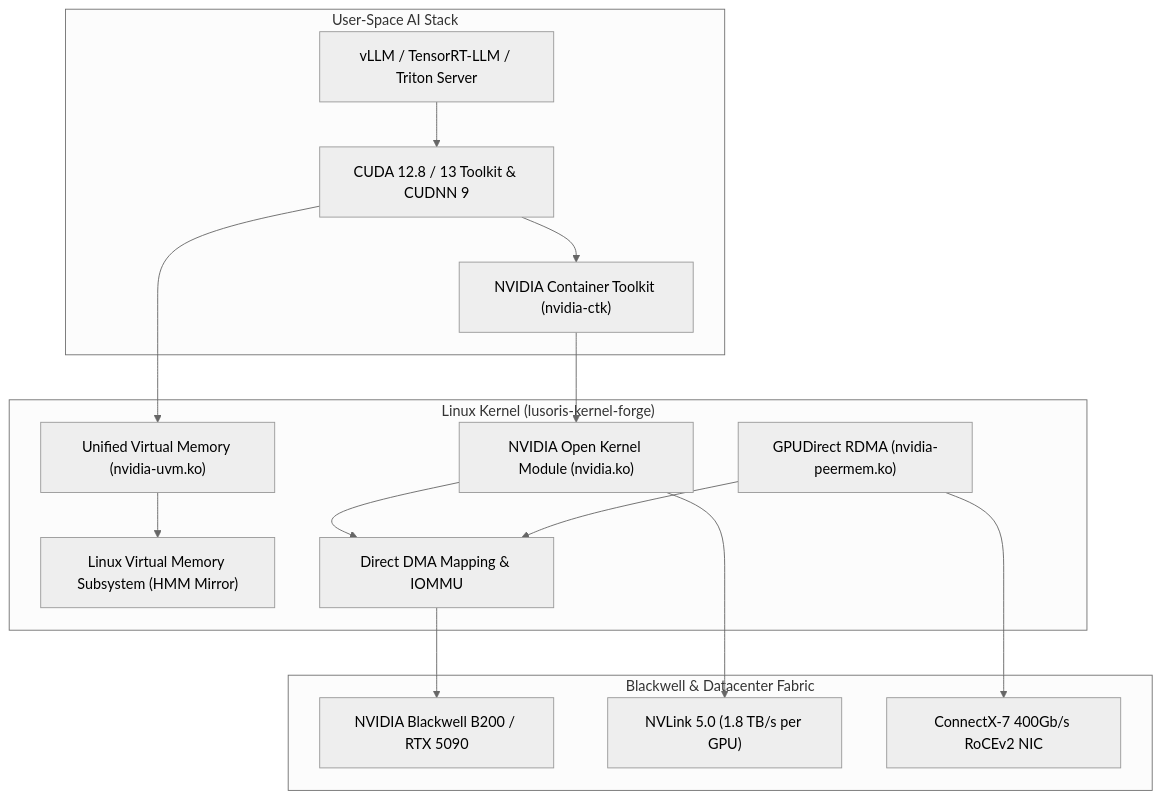
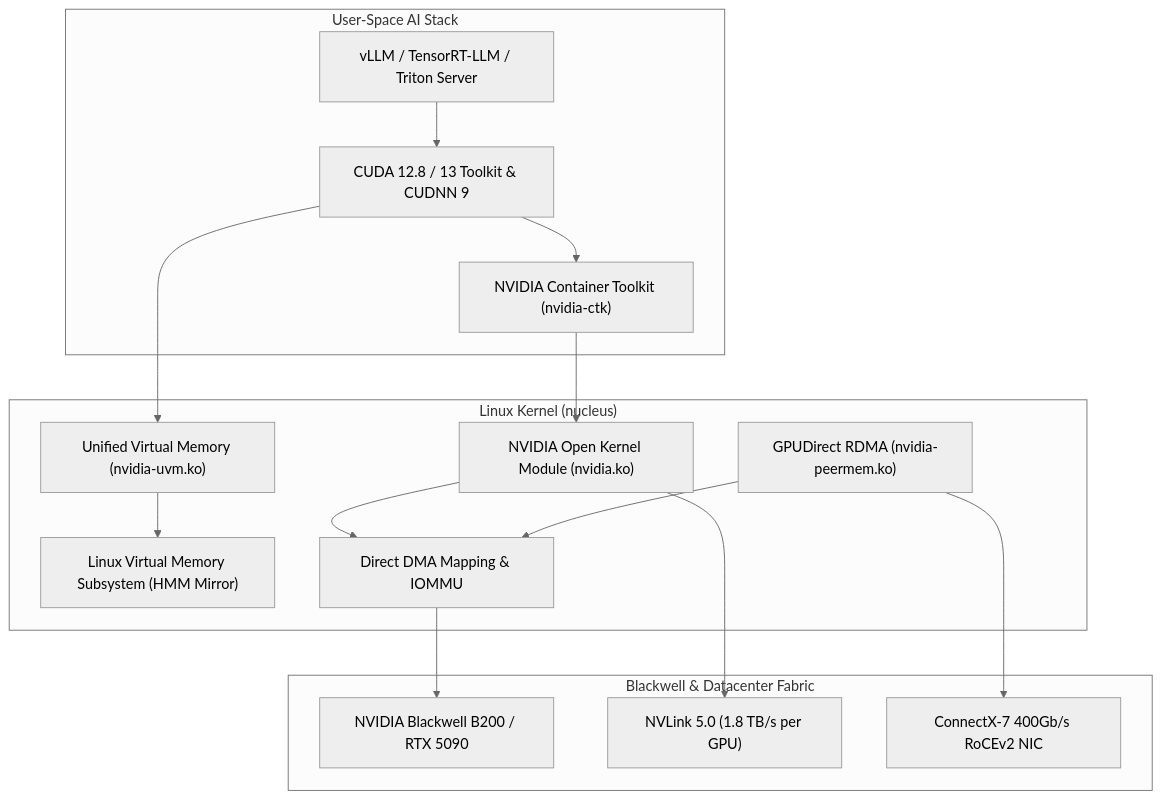
The diagram in docs/hardware/nvidia-blackwell.md (cordanaLLM/nucleus), drawn with Mermaid (neutral theme) before and after one commit. The commit also changed 57 other files, not shown here.

````diff
--- a/docs/hardware/nvidia-blackwell.md
+++ b/docs/hardware/nvidia-blackwell.md
@@ -15,35 +15,35 @@
 ```mermaid
 graph TD
     subgraph UserSpace["User-Space AI Stack"]
         LLM["vLLM / TensorRT-LLM / Triton Server"]
         CUDA["CUDA 12.8 / 13 Toolkit & CUDNN 9"]
         NVRUN["NVIDIA Container Toolkit (nvidia-ctk)"]
     end
 
-    subgraph KernelSpace["Linux Kernel (lusoris-kernel-forge)"]
+    subgraph KernelSpace["Linux Kernel (nucleus)"]
         NV_OPEN["NVIDIA Open Kernel Module (nvidia.ko)"]
         NV_UVM["Unified Virtual Memory (nvidia-uvm.ko)"]
         NV_PEER["GPUDirect RDMA (nvidia-peermem.ko)"]
         HMM["Linux Virtual Memory Subsystem (HMM Mirror)"]
         DMA["Direct DMA Mapping & IOMMU"]
     end
 
     subgraph Hardware["Blackwell & Datacenter Fabric"]
         B200["NVIDIA Blackwell B200 / RTX 5090"]
         NVLINK["NVLink 5.0 (1.8 TB/s per GPU)"]
         CX7["ConnectX-7 400Gb/s RoCEv2 NIC"]
     end
 
     LLM --> CUDA
     CUDA --> NVRUN
     NVRUN --> NV_OPEN
     CUDA --> NV_UVM
     
     NV_OPEN --> DMA
     NV_UVM --> HMM
     NV_PEER --> DMA
     
     DMA --> B200
     NV_OPEN --> NVLINK
     NV_PEER --> CX7
 ```
````
